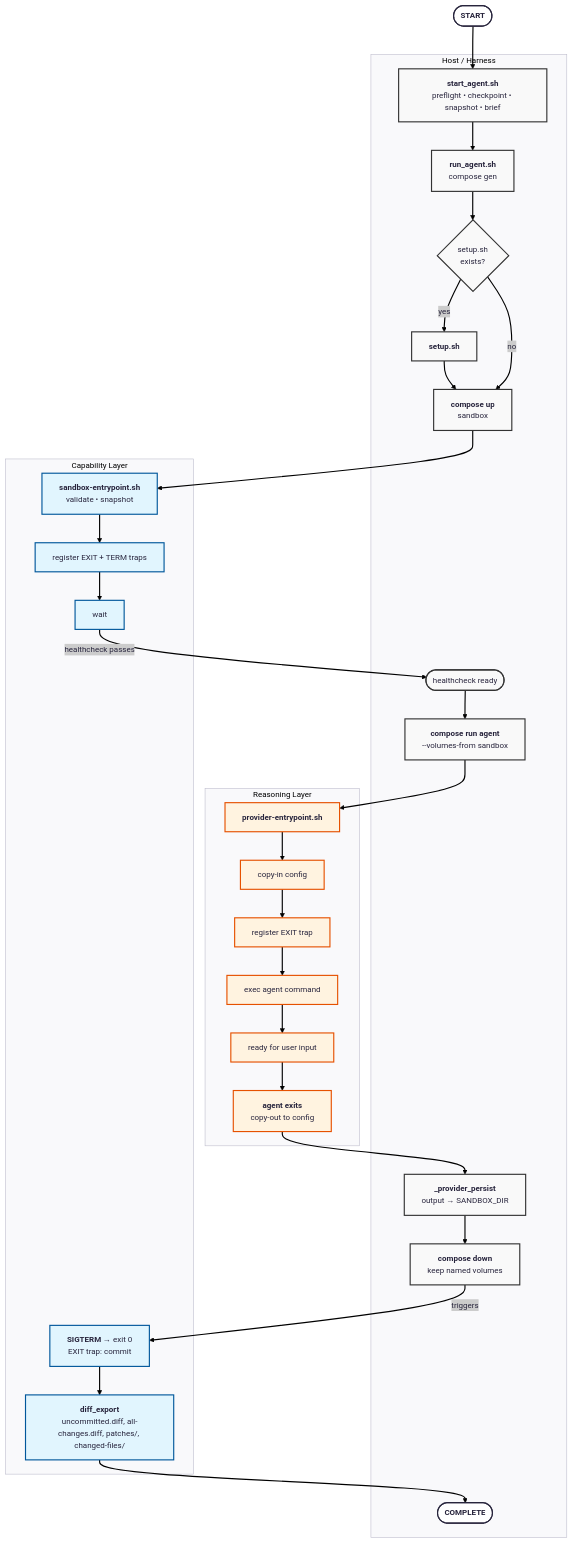
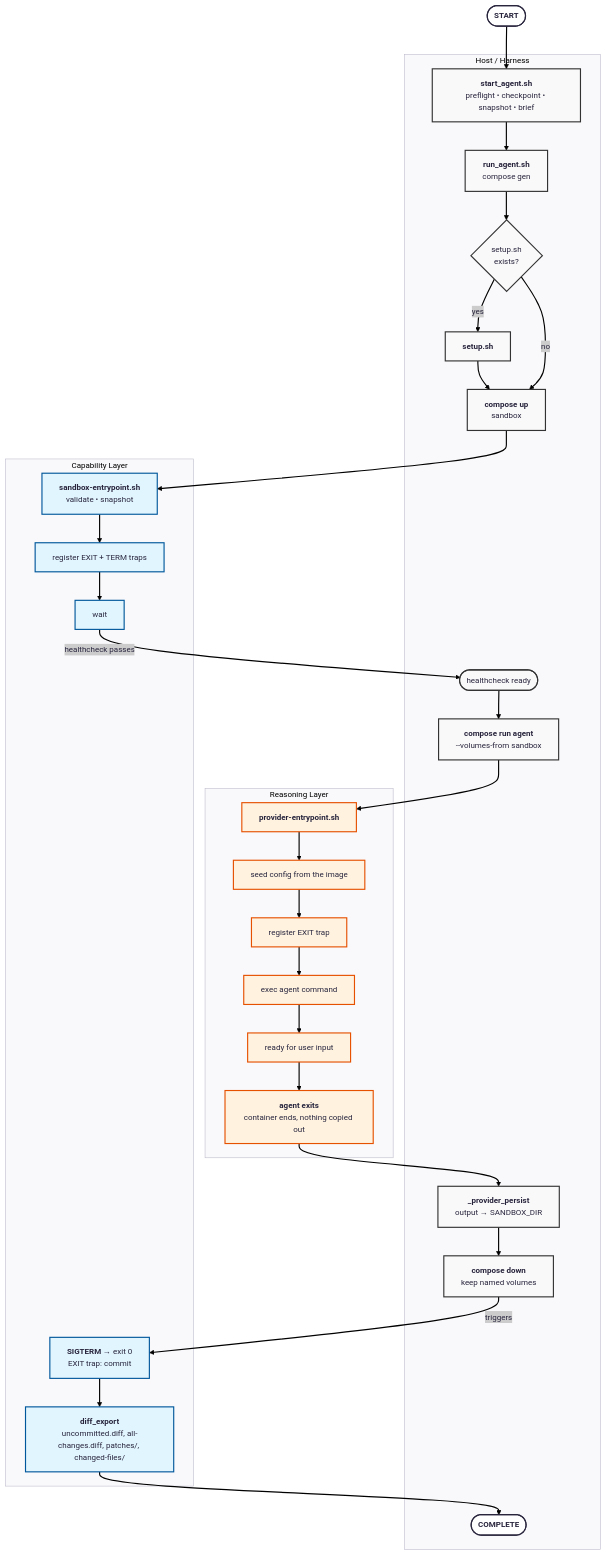
Before and after one commit to yaojiethng/agent-sandbox: the diagram in docs/architecture/execution_model.md, drawn with Mermaid. The commit also changed other lines of this file and 22 other files, not shown here.

````diff
--- a/docs/architecture/execution_model.md
+++ b/docs/architecture/execution_model.md
@@ -198,62 +198,62 @@
 ```mermaid
 ---
 config:
       theme: redux
 ---
 flowchart TD
     %% Global Styles
     classDef host fill:#f9f9f9,stroke:#333,stroke-width:2px;
     classDef cap fill:#e1f5fe,stroke:#01579b;
     classDef rsn fill:#fff3e0,stroke:#e65100;
 
     START([<b>START</b>]) --> SA
 
     subgraph HOST [Host / Harness]
         SA["<b>start_agent.sh</b><br/>preflight • checkpoint • snapshot • brief"]
         RA["<b>run_agent.sh</b><br/>compose gen"]
         DEC{setup.sh<br/>exists?}
         SH["<b>setup.sh</b>"]
         CUS["<b>compose up</b><br/>sandbox"]
         WAIT_HC([healthcheck ready])
         CRA["<b>compose run agent</b><br/>--volumes-from sandbox"]
         PP["<b>_provider_persist</b><br/>output → SANDBOX_DIR"]
         CD["<b>compose down</b><br/>keep named volumes"]
         END([<b>COMPLETE</b>])
     end
 
     subgraph CAP [Capability Layer]
         SE["<b>sandbox-entrypoint.sh</b><br/>validate • snapshot"]
         TR["register EXIT + TERM traps"]
         WAIT["wait"]
         SIGTERM["<b>SIGTERM</b> → exit 0<br/>EXIT trap: commit"]
         DIFF["<b>diff_export</b><br/>uncommitted.diff, all-changes.diff, patches/, changed-files/"]
     end
 
     subgraph RSN [Reasoning Layer]
         PE["<b>provider-entrypoint.sh</b>"]
-        CI["copy-in config"]
+        CI["seed config from the image"]
         ET["register EXIT trap"]
         EX["exec agent command"]
         RDY["ready for user input"]
-        AE["<b>agent exits</b><br/>copy-out to config"]
+        AE["<b>agent exits</b><br/>container ends, nothing copied out"]
     end
 
     %% Logic Flow
     SA --> RA --> DEC
     DEC -- yes --> SH --> CUS
     DEC -- no --> CUS
     CUS --> SE
     SE --> TR --> WAIT
     WAIT -- healthcheck passes --> WAIT_HC
     WAIT_HC --> CRA
     CRA --> PE
     PE --> CI --> ET --> EX --> RDY --> AE
     AE --> PP --> CD
     CD -- triggers --> SIGTERM
     SIGTERM --> DIFF --> END
 
     %% Apply Styles
     class SA,RA,DEC,SH,CUS,WAIT_HC,CRA,PP,CD host;
     class SE,TR,WAIT,SIGTERM,DIFF cap;
     class PE,CI,ET,EX,RDY,AE rsn;
 ```
````
